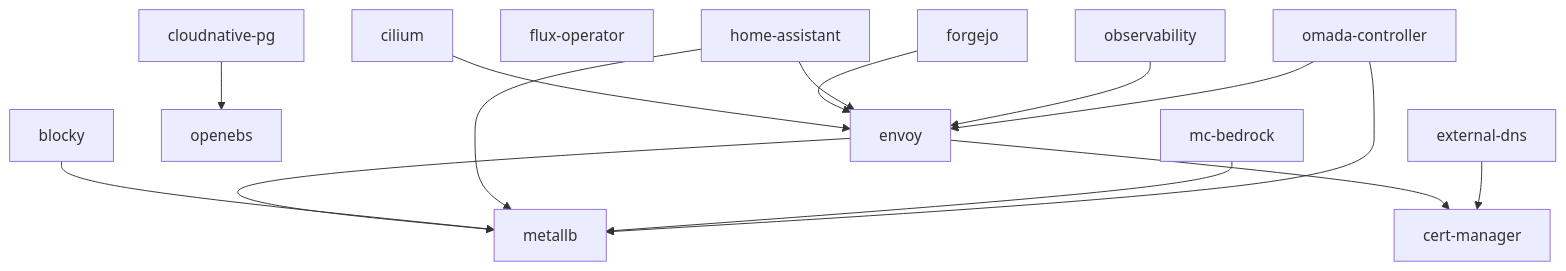
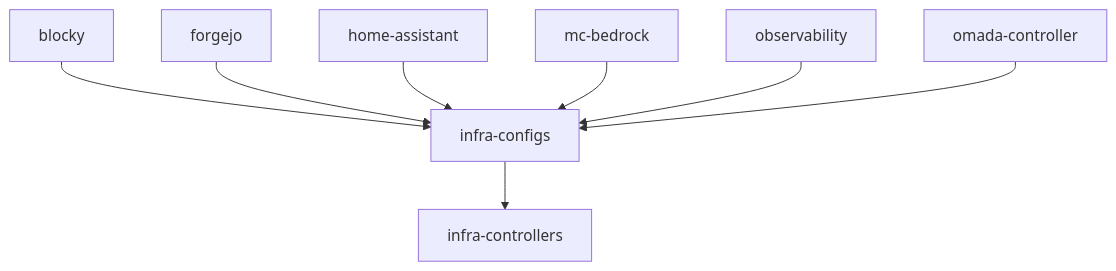
Before and after one commit to tale/homelab: the diagram in README.md, drawn with Mermaid. The commit also changed other lines of this file and 61 other files, not shown here.

````diff
--- a/README.md
+++ b/README.md
@@ -40,30 +41,18 @@
 ```mermaid
 flowchart TD
-    cert_manager[cert-manager]
-    cilium[cilium]
-    cilium --> envoy
-    cloudnative_pg[cloudnative-pg]
-    cloudnative_pg --> openebs
-    envoy[envoy]
-    envoy --> metallb
-    envoy --> cert_manager
-    external_dns[external-dns]
-    external_dns --> cert_manager
-    flux_operator[flux-operator]
-    metallb[metallb]
-    openebs[openebs]
+    infra_controllers[infra-controllers]
+    infra_configs[infra-configs]
+    infra_configs --> infra_controllers
     blocky[blocky]
-    blocky --> metallb
+    blocky --> infra_configs
     forgejo[forgejo]
-    forgejo --> envoy
+    forgejo --> infra_configs
     home_assistant[home-assistant]
-    home_assistant --> envoy
-    home_assistant --> metallb
+    home_assistant --> infra_configs
     mc_bedrock[mc-bedrock]
-    mc_bedrock --> metallb
+    mc_bedrock --> infra_configs
     observability[observability]
-    observability --> envoy
+    observability --> infra_configs
     omada_controller[omada-controller]
-    omada_controller --> envoy
-    omada_controller --> metallb
+    omada_controller --> infra_configs
 ```
````
